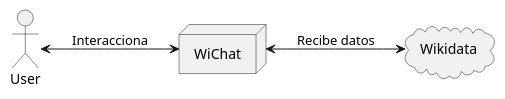
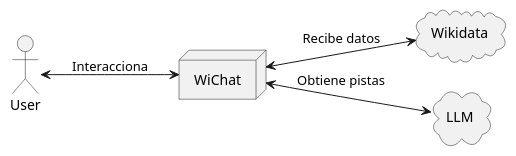
One commit to Arquisoft/wichat_es5b changed the first of 2 diagrams in docs/src/05_building_block_view.adoc. Above: the diagram before and after it, drawn with PlantUML. The commit also changed other lines of this file, not shown here.

Commit message:
V2.0-Documentación-Punto-5

```diff
--- a/docs/src/05_building_block_view.adoc
+++ b/docs/src/05_building_block_view.adoc
@@ -72,19 +72,23 @@
 [plantuml,"Vision general",png]
 ----
 @startuml
 skinparam monochrome true
 left to right direction
 
 actor "User"
 
 node "WiChat" {
 }
 
 cloud "Wikidata" {
 }
 
+cloud "LLM" {
+}
+
 "User" <--> "WiChat" : Interacciona
 "WiChat" <--> "Wikidata" : Recibe datos
+"WiChat" <--> "LLM" : Obtiene pistas
 
 @enduml
 ----
```
